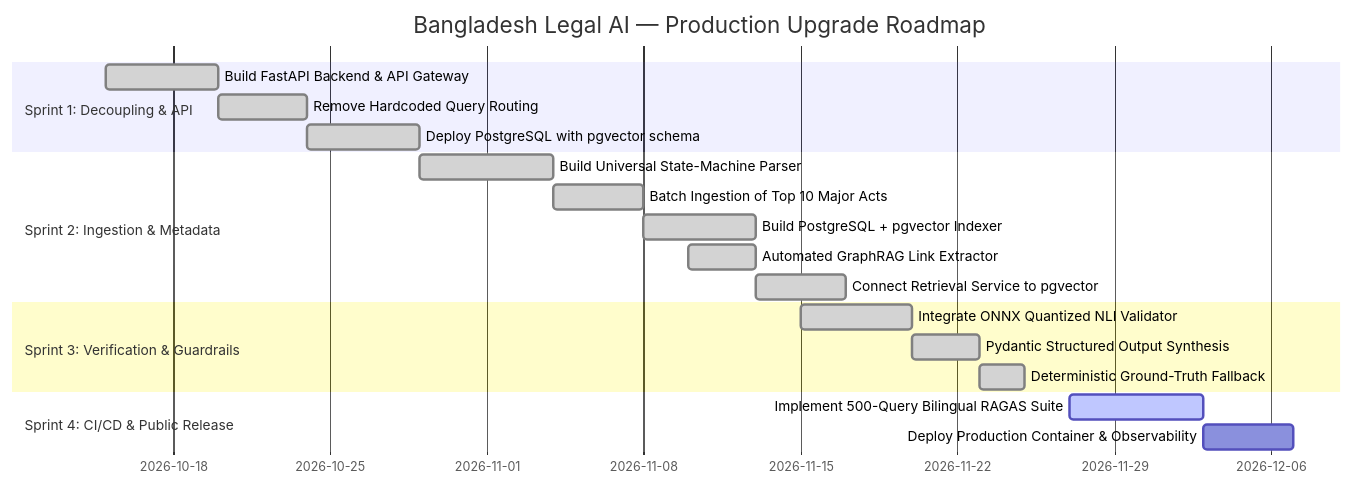
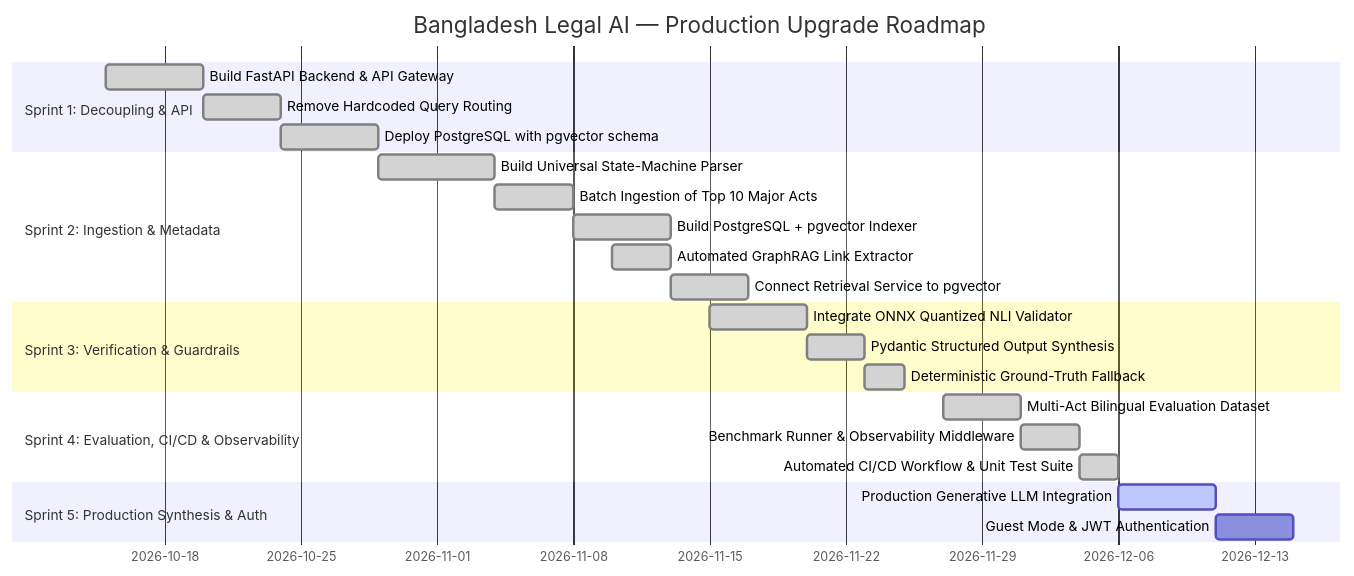
Before and after one commit to bringerofdarkness/bd-legal-ai: the third of 3 diagrams in docs/PRODUCTION_ARCHITECTURE_AND_ROADMAP.md, drawn with Mermaid. The commit also changed other lines of this file and 12 other files, not shown here.

Commit message:
feat(eval): complete Sprint 4 evaluation suite, benchmark runner, and CI/CD workflow

````diff
--- a/docs/PRODUCTION_ARCHITECTURE_AND_ROADMAP.md
+++ b/docs/PRODUCTION_ARCHITECTURE_AND_ROADMAP.md
@@ -394,22 +394,26 @@
 ```mermaid
 gantt
     title Bangladesh Legal AI — Production Upgrade Roadmap
     dateFormat  YYYY-MM-DD
     section Sprint 1: Decoupling & API
     Build FastAPI Backend & API Gateway       :done, s1_1, 2026-10-15, 5d
     Remove Hardcoded Query Routing            :done, s1_2, 2026-10-20, 4d
     Deploy PostgreSQL with pgvector schema    :done, s1_3, 2026-10-24, 5d
     section Sprint 2: Ingestion & Metadata
     Build Universal State-Machine Parser      :done, s2_1, 2026-10-29, 6d
     Batch Ingestion of Top 10 Major Acts      :done, s2_2, 2026-11-04, 4d
     Build PostgreSQL + pgvector Indexer       :done, s2_3, 2026-11-08, 5d
     Automated GraphRAG Link Extractor         :done, s2_4, 2026-11-10, 3d
     Connect Retrieval Service to pgvector     :done, s2_5, 2026-11-13, 4d
     section Sprint 3: Verification & Guardrails
     Integrate ONNX Quantized NLI Validator    :done, s3_1, 2026-11-15, 5d
     Pydantic Structured Output Synthesis      :done, s3_2, 2026-11-20, 3d
     Deterministic Ground-Truth Fallback       :done, s3_3, 2026-11-23, 2d
-    section Sprint 4: CI/CD & Public Release
-    Implement 500-Query Bilingual RAGAS Suite :active, s4_1, 2026-11-27, 6d
-    Deploy Production Container & Observability:s4_2, 2026-12-03, 4d
+    section Sprint 4: Evaluation, CI/CD & Observability
+    Multi-Act Bilingual Evaluation Dataset    :done, s4_1, 2026-11-27, 4d
+    Benchmark Runner & Observability Middleware:done, s4_2, 2026-12-01, 3d
+    Automated CI/CD Workflow & Unit Test Suite :done, s4_3, 2026-12-04, 2d
+    section Sprint 5: Production Synthesis & Auth
+    Production Generative LLM Integration     :active, s5_1, 2026-12-06, 5d
+    Guest Mode & JWT Authentication           :s5_2, 2026-12-11, 4d
 ```
````
